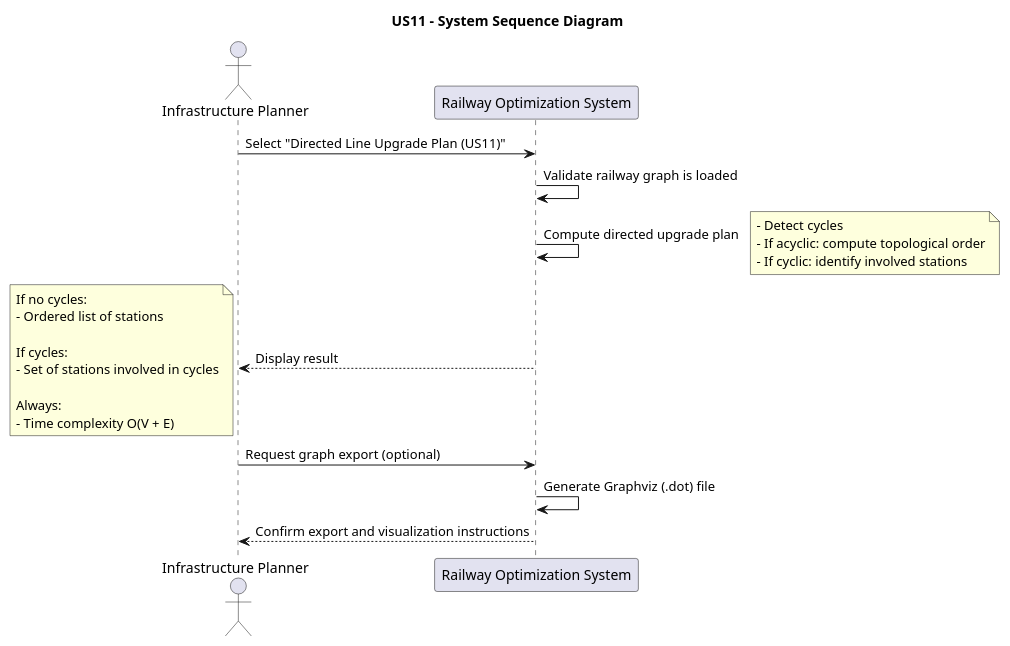
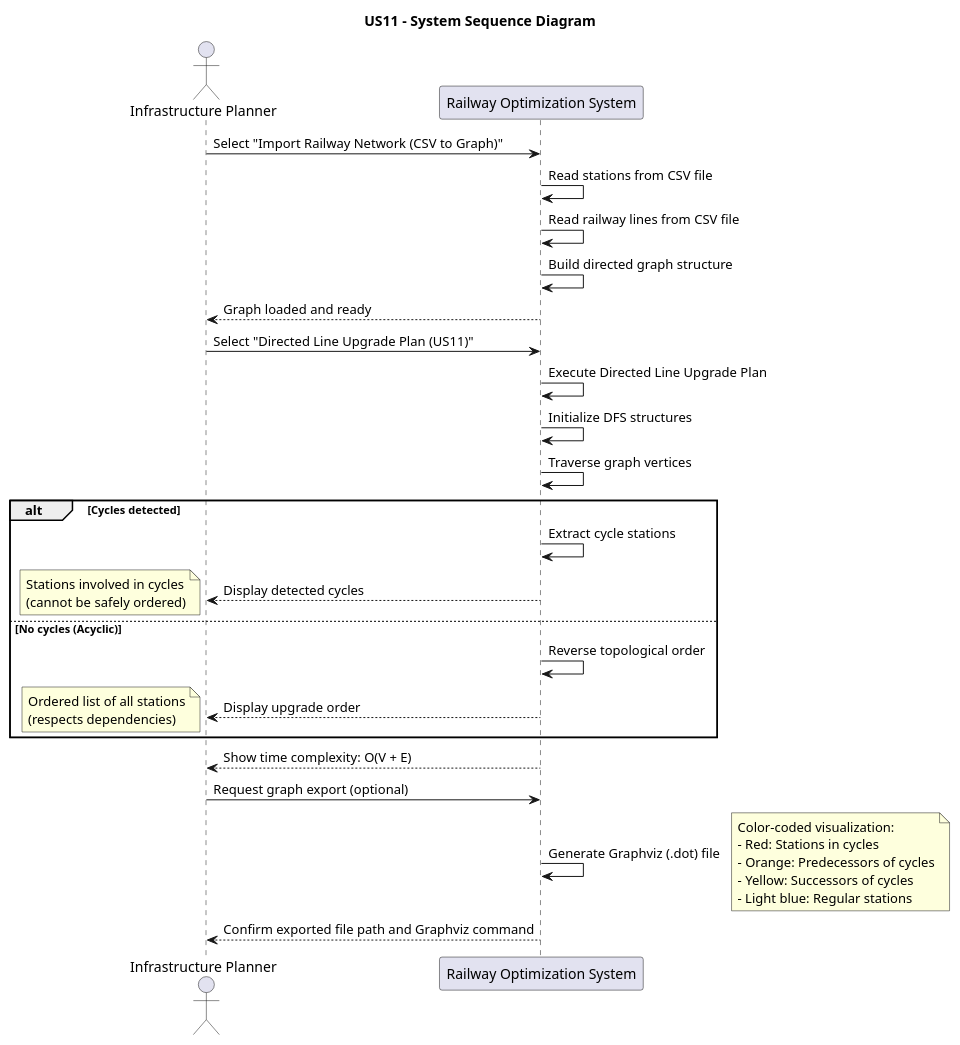
Before and after one commit to RicardoGuimaraes1212125/ESINF_25-26_1212125: the diagram in src/docs/USE11/USE11_ssd.puml, drawn with PlantUML.

Commit message:
update on us11 SSD

```diff
--- a/src/docs/USE11/USE11_ssd.puml
+++ b/src/docs/USE11/USE11_ssd.puml
@@ -1,36 +1,56 @@
 @startuml
 title US11 – System Sequence Diagram
 
 actor "Infrastructure Planner" as Planner
 participant "Railway Optimization System" as System
 
+Planner -> System : Select "Import Railway Network (CSV to Graph)"
+
+System -> System : Read stations from CSV file
+
+System -> System : Read railway lines from CSV file
+
+System -> System : Build directed graph structure
+
+System --> Planner : Graph loaded and ready
+
 Planner -> System : Select "Directed Line Upgrade Plan (US11)"
 
-System -> System : Validate railway graph is loaded
+System -> System : Execute Directed Line Upgrade Plan
 
-System -> System : Compute directed upgrade plan
-note right
-- Detect cycles
-- If acyclic: compute topological order
-- If cyclic: identify involved stations
-end note
+System -> System : Initialize DFS structures
 
-System --> Planner : Display result
-note left
-If no cycles:
-- Ordered list of stations
+System -> System : Traverse graph vertices
 
-If cycles:
-- Set of stations involved in cycles
+alt Cycles detected
+    System -> System : Extract cycle stations
+    System --> Planner : Display detected cycles
+    note left
+    Stations involved in cycles
+    (cannot be safely ordered)
+    end note
+else No cycles (Acyclic)
+    System -> System : Reverse topological order
+    System --> Planner : Display upgrade order
+    note left
+    Ordered list of all stations
+    (respects dependencies)
+    end note
+end
 
-Always:
-- Time complexity O(V + E)
-end note
+System --> Planner : Show time complexity: O(V + E)
 
 Planner -> System : Request graph export (optional)
 
 System -> System : Generate Graphviz (.dot) file
+note right
+Color-coded visualization:
+- Red: Stations in cycles
+- Orange: Predecessors of cycles
+- Yellow: Successors of cycles
+- Light blue: Regular stations
+end note
 
-System --> Planner : Confirm export and visualization instructions
+System --> Planner : Confirm exported file path and Graphviz command
 
 @enduml
```
